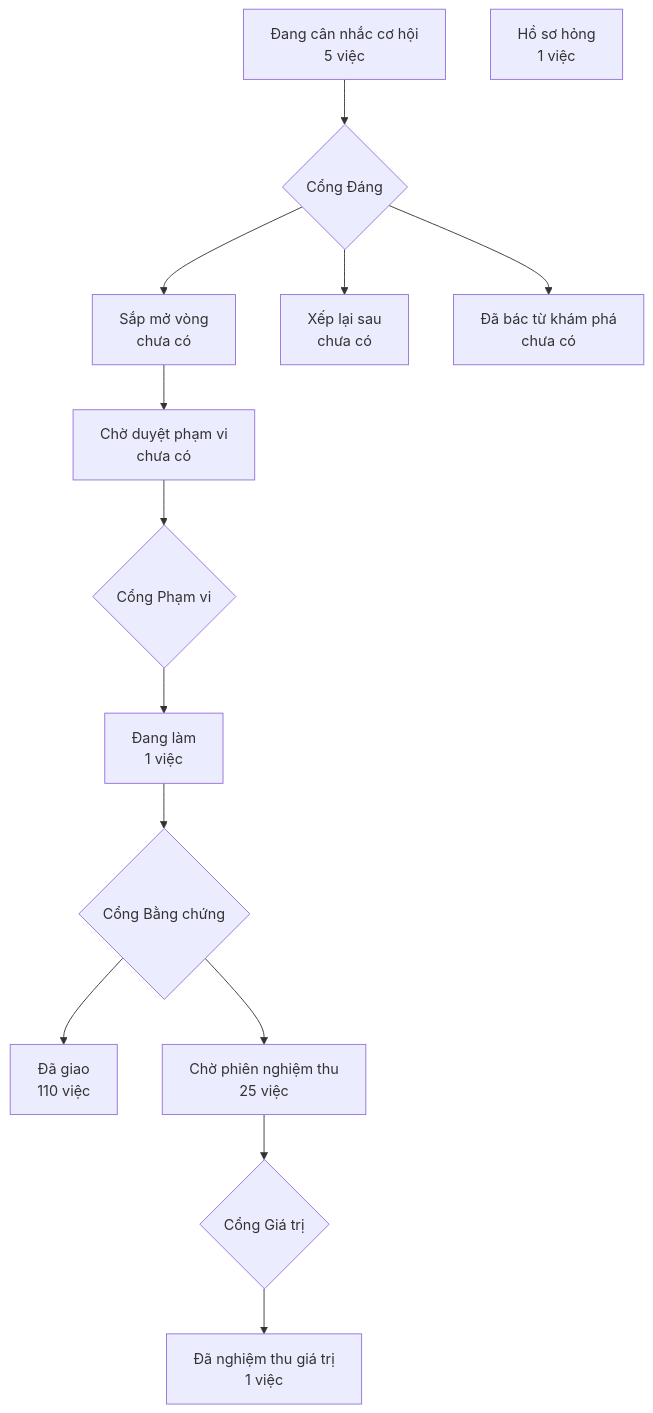
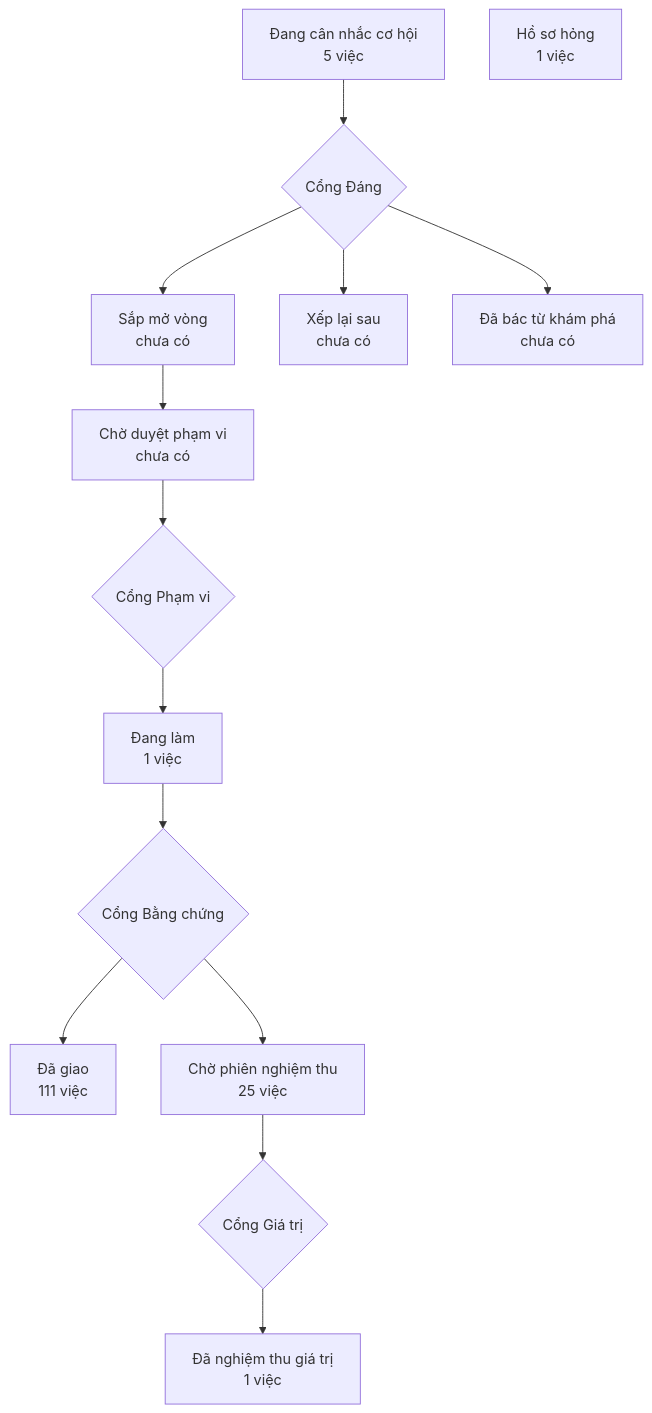
One commit to phanlemanh/crm-onehub changed the diagram in PRODUCT-MAP.md. Above: the diagram before and after it, drawn with Mermaid.

Commit message:
chore: vẽ lại PRODUCT-MAP sau gộp onehub (#219)

````diff
--- a/PRODUCT-MAP.md
+++ b/PRODUCT-MAP.md
@@ -6,13 +6,13 @@
 ```mermaid
 flowchart TD
   A["Đang cân nhắc cơ hội<br/>5 việc"] --> GD{"Cổng Đáng"}
   GD --> B["Sắp mở vòng<br/>chưa có"]
   GD --> XL["Xếp lại sau<br/>chưa có"]
   GD --> DB["Đã bác từ khám phá<br/>chưa có"]
   B --> CD["Chờ duyệt phạm vi<br/>chưa có"] --> GP{"Cổng Phạm vi"}
   GP --> DL["Đang làm<br/>1 việc"] --> GB{"Cổng Bằng chứng"}
-  GB --> DG["Đã giao<br/>110 việc"]
+  GB --> DG["Đã giao<br/>111 việc"]
   GB --> CN["Chờ phiên nghiệm thu<br/>25 việc"] --> GG{"Cổng Giá trị"}
   GG --> NT["Đã nghiệm thu giá trị<br/>1 việc"]
   HS["Hồ sơ hỏng<br/>1 việc"]
 ```
````
